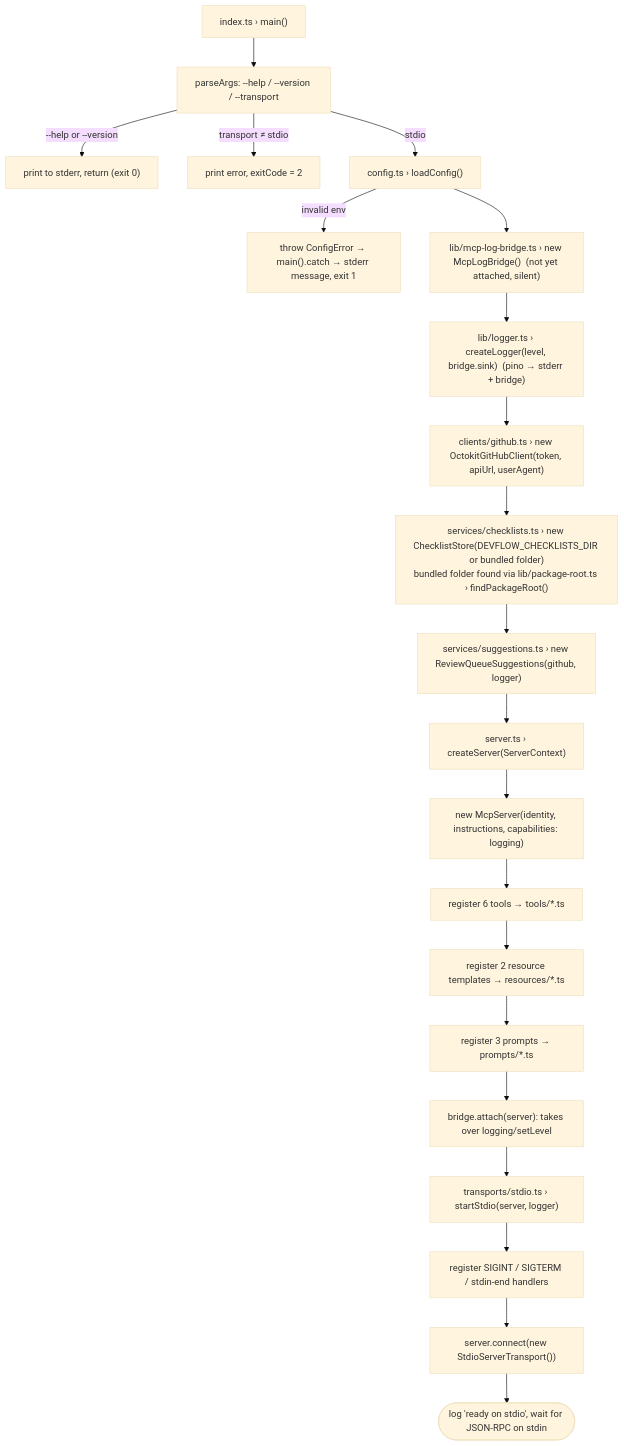
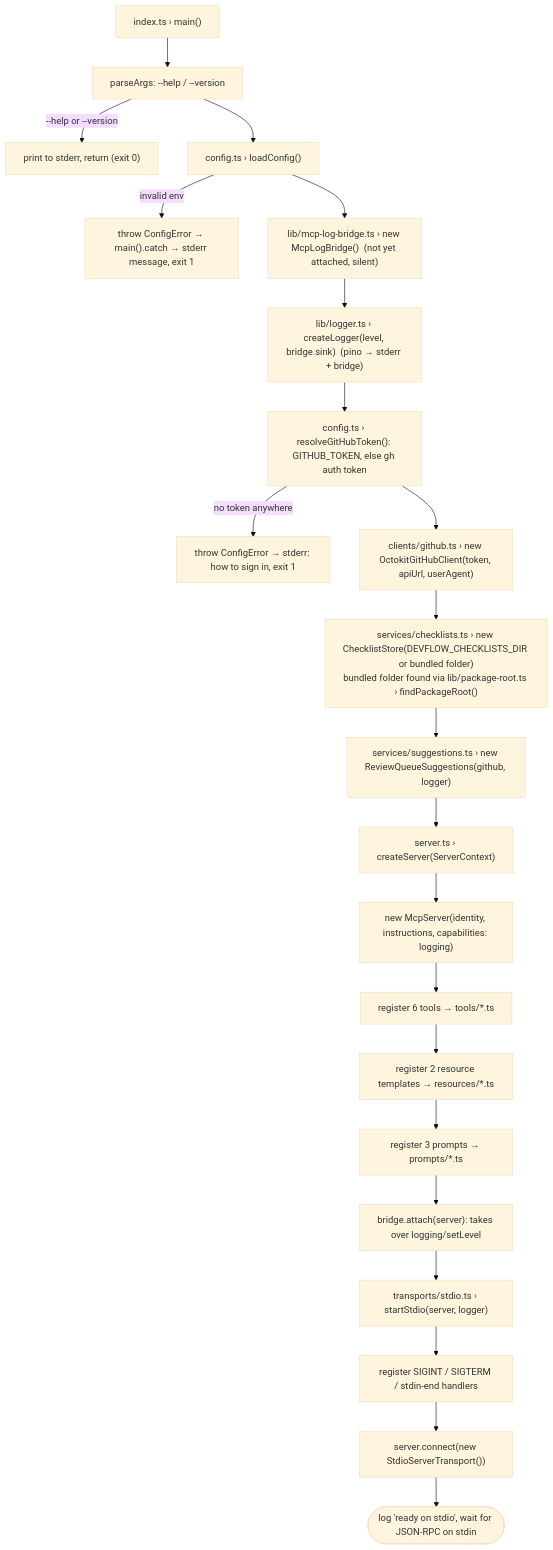
Before and after one commit to Kaushal-SF/MCP_Demo: the first of 15 diagrams in Flow.md, drawn with Mermaid (base theme). The commit also changed other lines of this file and 22 other files, not shown here.

````diff
--- a/Flow.md
+++ b/Flow.md
@@ -41,23 +42,24 @@
 ```mermaid
 flowchart TD
-    A["index.ts › main()"] --> B["parseArgs: --help / --version / --transport"]
+    A["index.ts › main()"] --> B["parseArgs: --help / --version"]
     B -->|"--help or --version"| B1["print to stderr, return (exit 0)"]
-    B -->|"transport ≠ stdio"| B2["print error, exitCode = 2"]
-    B -->|stdio| C["config.ts › loadConfig()"]
+    B --> C["config.ts › loadConfig()"]
     C -->|invalid env| C1["throw ConfigError → main().catch → stderr message, exit 1"]
     C --> L0["lib/mcp-log-bridge.ts › new McpLogBridge()  (not yet attached, silent)"]
     L0 --> D["lib/logger.ts › createLogger(level, bridge.sink)  (pino → stderr + bridge)"]
-    D --> E["clients/github.ts › new OctokitGitHubClient(token, apiUrl, userAgent)"]
+    D --> T["config.ts › resolveGitHubToken(): GITHUB_TOKEN, else gh auth token"]
+    T -->|"no token anywhere"| T1["throw ConfigError → stderr: how to sign in, exit 1"]
+    T --> E["clients/github.ts › new OctokitGitHubClient(token, apiUrl, userAgent)"]
     E --> CS["services/checklists.ts › new ChecklistStore(DEVFLOW_CHECKLISTS_DIR or bundled folder)<br/>bundled folder found via lib/package-root.ts › findPackageRoot()"]
     CS --> SG["services/suggestions.ts › new ReviewQueueSuggestions(github, logger)"]
     SG --> F["server.ts › createServer(ServerContext)"]
     F --> F1["new McpServer(identity, instructions, capabilities: logging)"]
     F1 --> F2["register 6 tools → tools/*.ts"]
     F2 --> F3["register 2 resource templates → resources/*.ts"]
     F3 --> F4["register 3 prompts → prompts/*.ts"]
     F4 --> AT["bridge.attach(server): takes over logging/setLevel"]
     AT --> G["transports/stdio.ts › startStdio(server, logger)"]
     G --> G1["register SIGINT / SIGTERM / stdin-end handlers"]
     G1 --> G2["server.connect(new StdioServerTransport())"]
     G2 --> H(["log 'ready on stdio', wait for JSON-RPC on stdin"])
 ```
````
